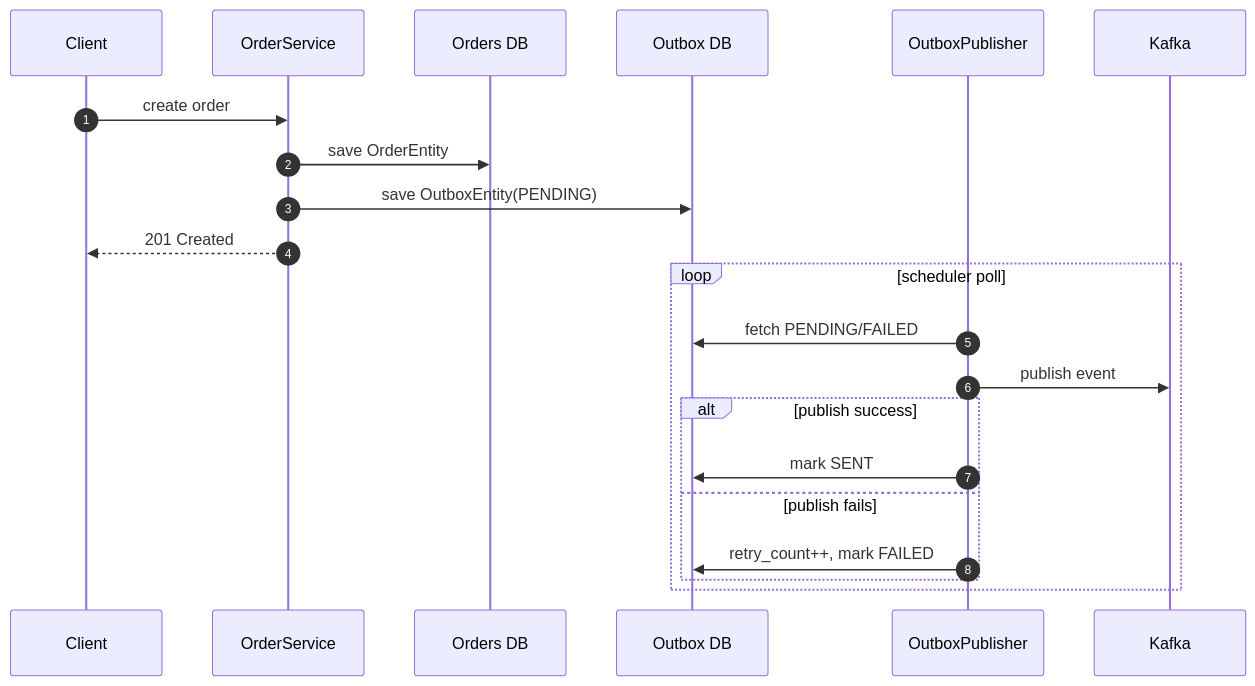
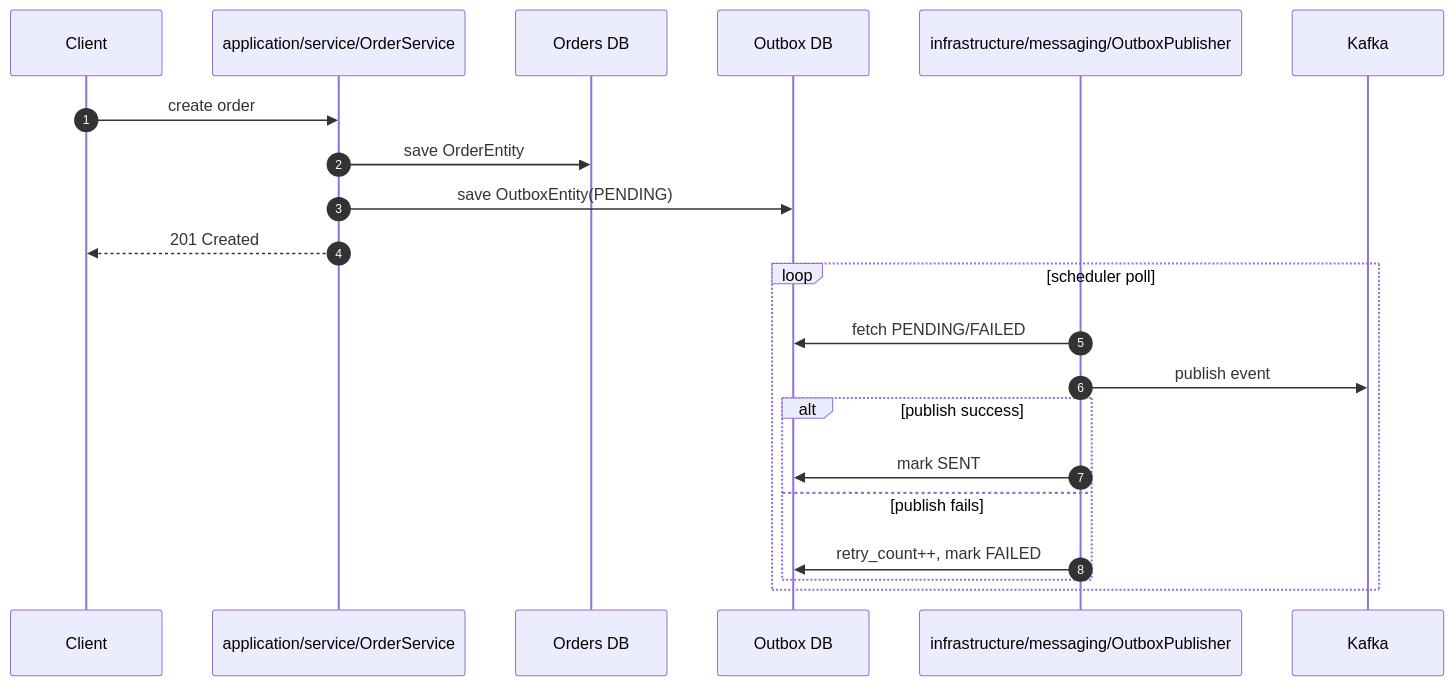
Before and after one commit to AbhinavT09/OrderProcessingSystem: the third of 5 diagrams in docs/index.md, drawn with Mermaid. The commit also changed other lines of this file and 67 other files, not shown here.

Commit message:
update mermaid diagram in the docs

````diff
--- a/docs/index.md
+++ b/docs/index.md
@@ -89,25 +89,25 @@
 ```mermaid
 sequenceDiagram
     autonumber
     participant C as Client
-    participant OS as OrderService
+    participant OS as application/service/OrderService
     participant DB as Orders DB
     participant ODB as Outbox DB
-    participant OP as OutboxPublisher
+    participant OP as infrastructure/messaging/OutboxPublisher
     participant K as Kafka
 
     C->>OS: create order
     OS->>DB: save OrderEntity
     OS->>ODB: save OutboxEntity(PENDING)
     OS-->>C: 201 Created
 
     loop scheduler poll
       OP->>ODB: fetch PENDING/FAILED
       OP->>K: publish event
       alt publish success
         OP->>ODB: mark SENT
       else publish fails
         OP->>ODB: retry_count++, mark FAILED
       end
     end
 ```
````
